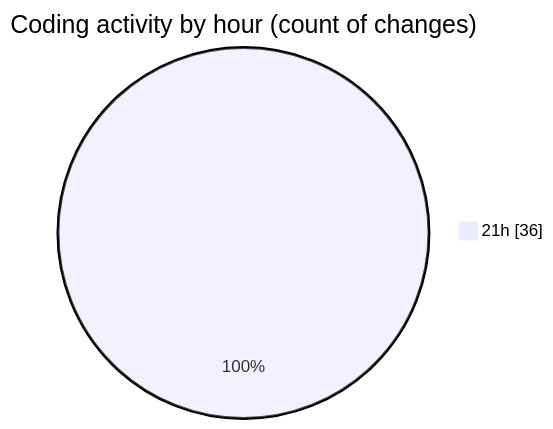
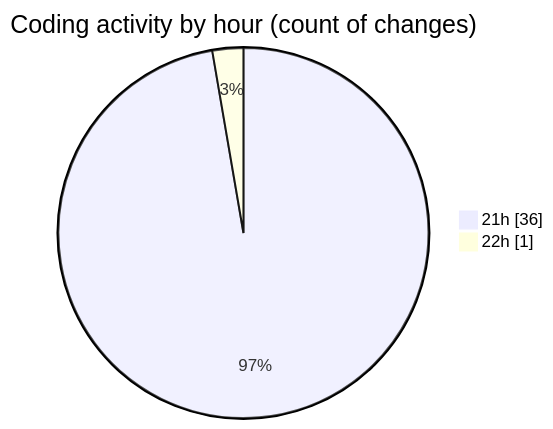
The second of 2 diagrams in 2025-03-10/termonied_testador/README.md (robertbonfada/code-tracking), drawn with Mermaid before and after one commit. The commit also changed other lines of this file and 1 other file, not shown here.

````diff
--- a/2025-03-10/termonied_testador/README.md
+++ b/2025-03-10/termonied_testador/README.md
@@ -35,5 +35,6 @@
 ```mermaid
 pie showData
 title Coding activity by hour (count of changes)
 "21h" : 36
+"22h" : 1
 ```
````
